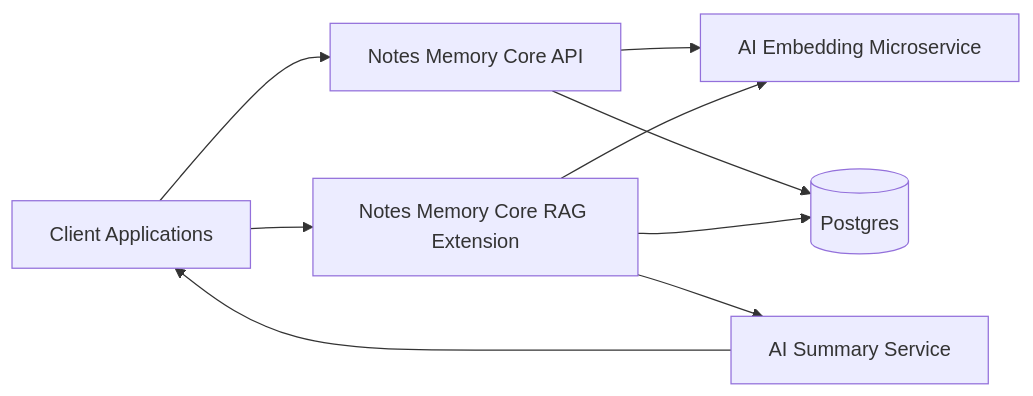
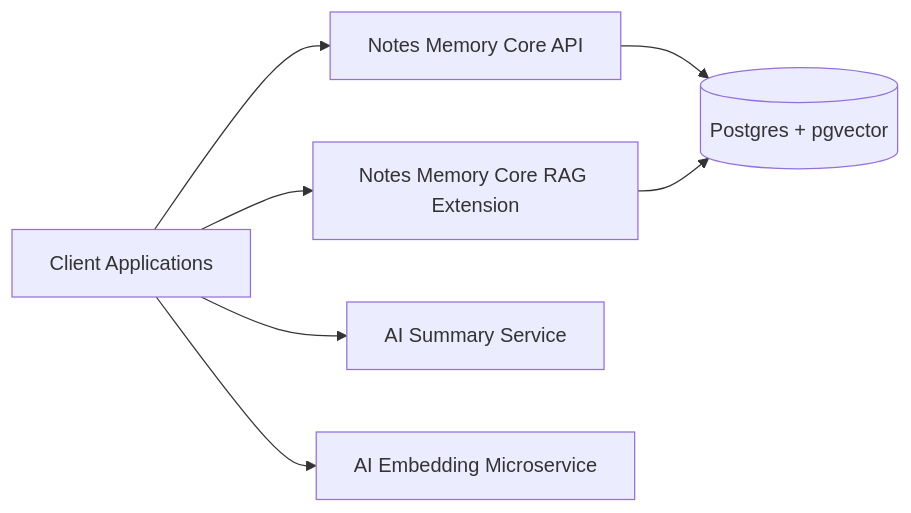
The diagram in profile/README.md (ai-backend-course/.github), drawn with Mermaid before and after one commit.

Commit message:
Revise README for database and service connections
Updated README to include pgvector in Postgres and removed redundant connections.

````diff
--- a/profile/README.md
+++ b/profile/README.md
@@ -10,17 +10,13 @@
 ```mermaid
 flowchart LR
 
     Client[Client Applications]
 
     Client --> NotesCore[Notes Memory Core API]
     Client --> RAGCore[Notes Memory Core RAG Extension]
+    Client --> Summary[AI Summary Service]
+    Client --> Embed[AI Embedding Microservice]
 
-    NotesCore --> Embed[AI Embedding Microservice]
-    RAGCore --> Embed
-
-    NotesCore --> DB[(Postgres)]
+    NotesCore --> DB[(Postgres + pgvector)]
     RAGCore --> DB
-
-    RAGCore --> Summary[AI Summary Service]
-    Summary --> Client
 ```
````
